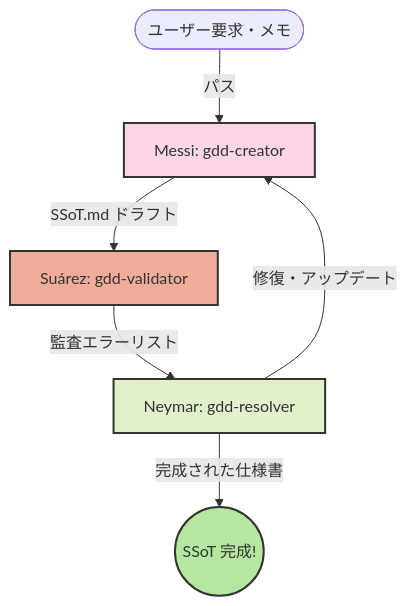
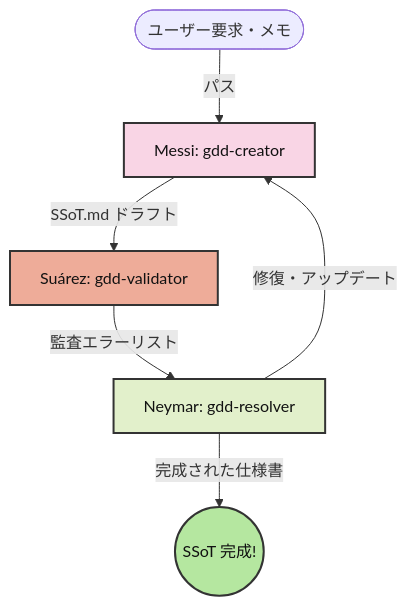
The diagram in README.md (sawadeeeeen/msn-spec), drawn with Mermaid before and after one commit.

Commit message:
style: fix mermaid text color contrast in dark mode

````diff
--- a/README.md
+++ b/README.md
@@ -11,13 +11,13 @@
 ```mermaid
 graph TD
     User([ユーザー要求・メモ]) -->|パス| Messi[Messi: gdd-creator]
     Messi -->|SSoT.md ドラフト| Suarez[Suárez: gdd-validator]
     Suarez -->|監査エラーリスト| Neymar[Neymar: gdd-resolver]
     Neymar -->|修復・アップデート| Messi
     Neymar -->|完成された仕様書| Goal((SSoT 完成!))
 
-    style Messi fill:#f9d5e5,stroke:#333,stroke-width:2px
-    style Suarez fill:#eeac99,stroke:#333,stroke-width:2px
-    style Neymar fill:#e2f0cb,stroke:#333,stroke-width:2px
-    style Goal fill:#b5e7a0,stroke:#333,stroke-width:2px
+    style Messi fill:#f9d5e5,stroke:#333,stroke-width:2px,color:#111
+    style Suarez fill:#eeac99,stroke:#333,stroke-width:2px,color:#111
+    style Neymar fill:#e2f0cb,stroke:#333,stroke-width:2px,color:#111
+    style Goal fill:#b5e7a0,stroke:#333,stroke-width:2px,color:#111
 ```
````
